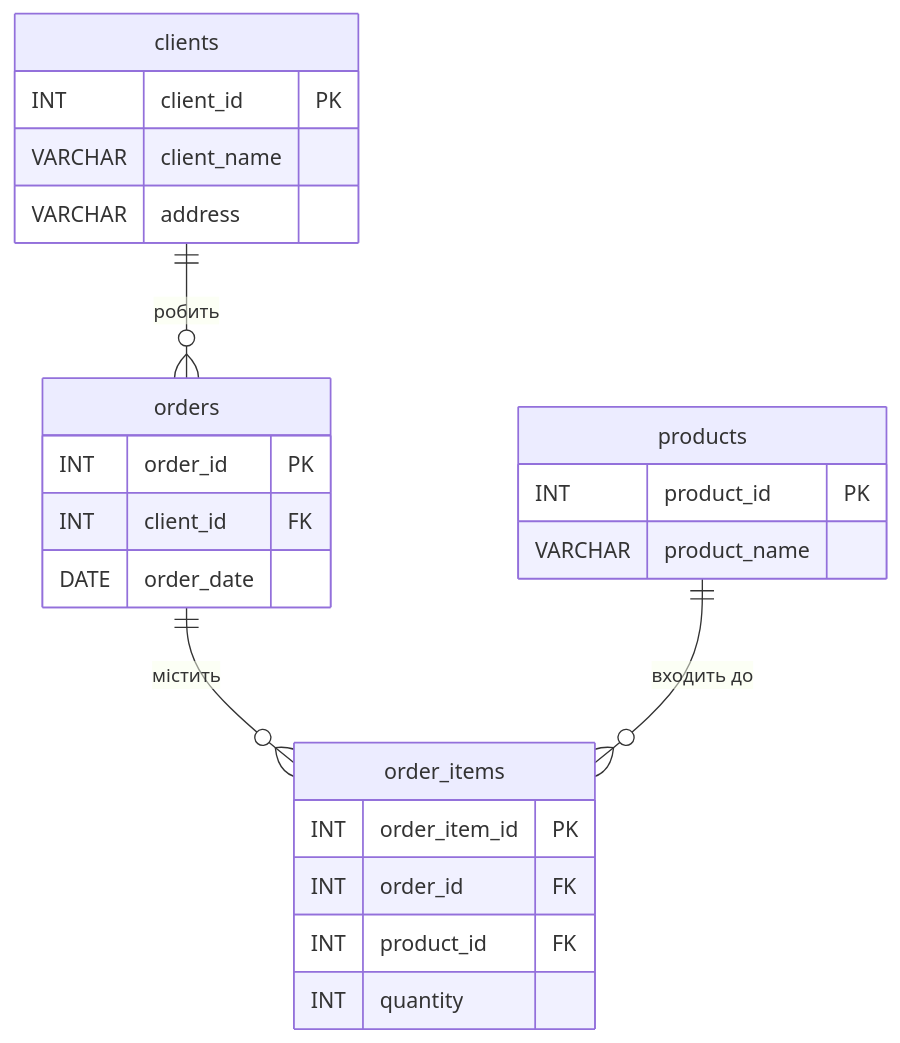
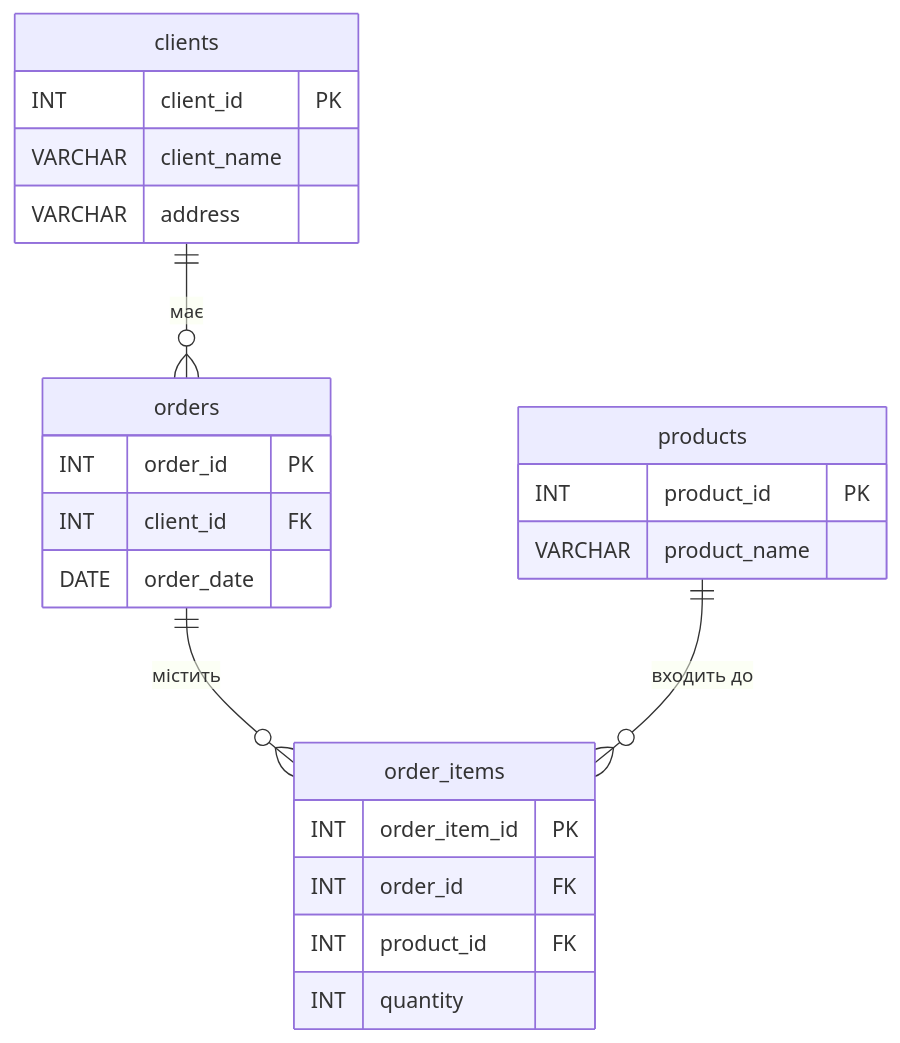
Before and after one commit to pengu08/goit-rdb-hw-02: the diagram in README.md, drawn with Mermaid. The commit also changed other lines of this file, not shown here.

Commit message:
docs: simplify README, improve ER diagram

````diff
--- a/README.md
+++ b/README.md
@@ -104,30 +92,27 @@
 ```mermaid
 erDiagram
     clients {
-        INT client_id PK
+        INT    client_id    PK
         VARCHAR client_name
         VARCHAR address
     }
-
     orders {
-        INT order_id PK
-        INT client_id FK
+        INT  order_id   PK
+        INT  client_id  FK
         DATE order_date
     }
-
     products {
-        INT product_id PK
+        INT     product_id   PK
         VARCHAR product_name
     }
-
     order_items {
         INT order_item_id PK
-        INT order_id FK
-        INT product_id FK
+        INT order_id      FK
+        INT product_id    FK
         INT quantity
     }
 
-    clients ||--o{ orders : "робить"
-    orders  ||--o{ order_items : "містить"
+    clients  ||--o{ orders      : "має"
+    orders   ||--o{ order_items : "містить"
     products ||--o{ order_items : "входить до"
 ```
````
